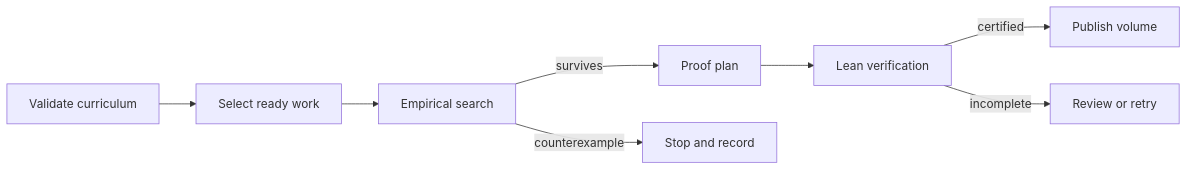
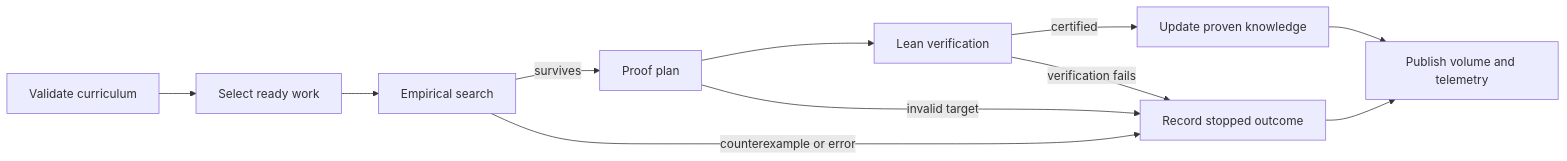
The second of 3 diagrams in README.md (itsalissonsilva/daily-palindrome), drawn with Mermaid before and after one commit. The commit also changed other lines of this file and 1 other file, not shown here.

Commit message:
Correct architecture and proof DAG diagrams

````diff
--- a/README.md
+++ b/README.md
@@ -33,10 +34,13 @@
 ```mermaid
 flowchart LR
     A[Validate curriculum] --> B[Select ready work]
     B --> C[Empirical search]
     C -->|survives| D[Proof plan]
-    C -->|counterexample| X[Stop and record]
+    C -->|counterexample or error| X[Record stopped outcome]
     D --> E[Lean verification]
-    E -->|certified| F[Publish volume]
-    E -->|incomplete| R[Review or retry]
+    D -->|invalid target| X
+    E -->|certified| F[Update proven knowledge]
+    E -->|verification fails| X
+    F --> G[Publish volume and telemetry]
+    X --> G
 ```
````
